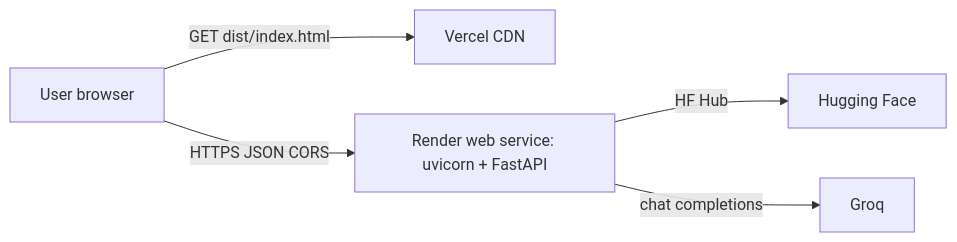
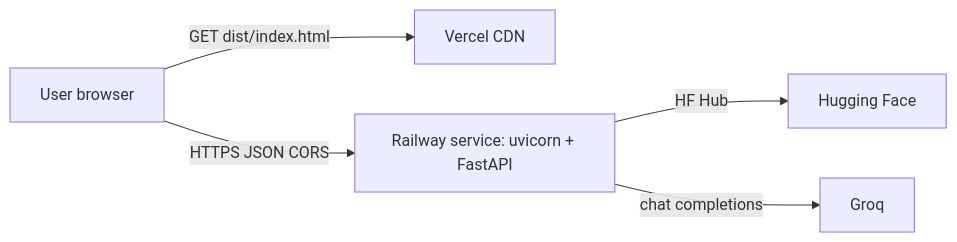
The diagram in docs/deployment.md (saksham20189575/m1-zomato), drawn with Mermaid before and after one commit. The commit also changed other lines of this file and 10 other files, not shown here.

````diff
--- a/docs/deployment.md
+++ b/docs/deployment.md
@@ -10,7 +10,7 @@
 ```mermaid
 flowchart LR
   user[User browser] -->|GET dist/index.html| vercel[Vercel CDN]
-  user -->|HTTPS JSON CORS| render[Render web service: uvicorn + FastAPI]
-  render -->|HF Hub| hf[Hugging Face]
-  render -->|chat completions| groq[Groq]
+  user -->|HTTPS JSON CORS| railway[Railway service: uvicorn + FastAPI]
+  railway -->|HF Hub| hf[Hugging Face]
+  railway -->|chat completions| groq[Groq]
 ```
````
